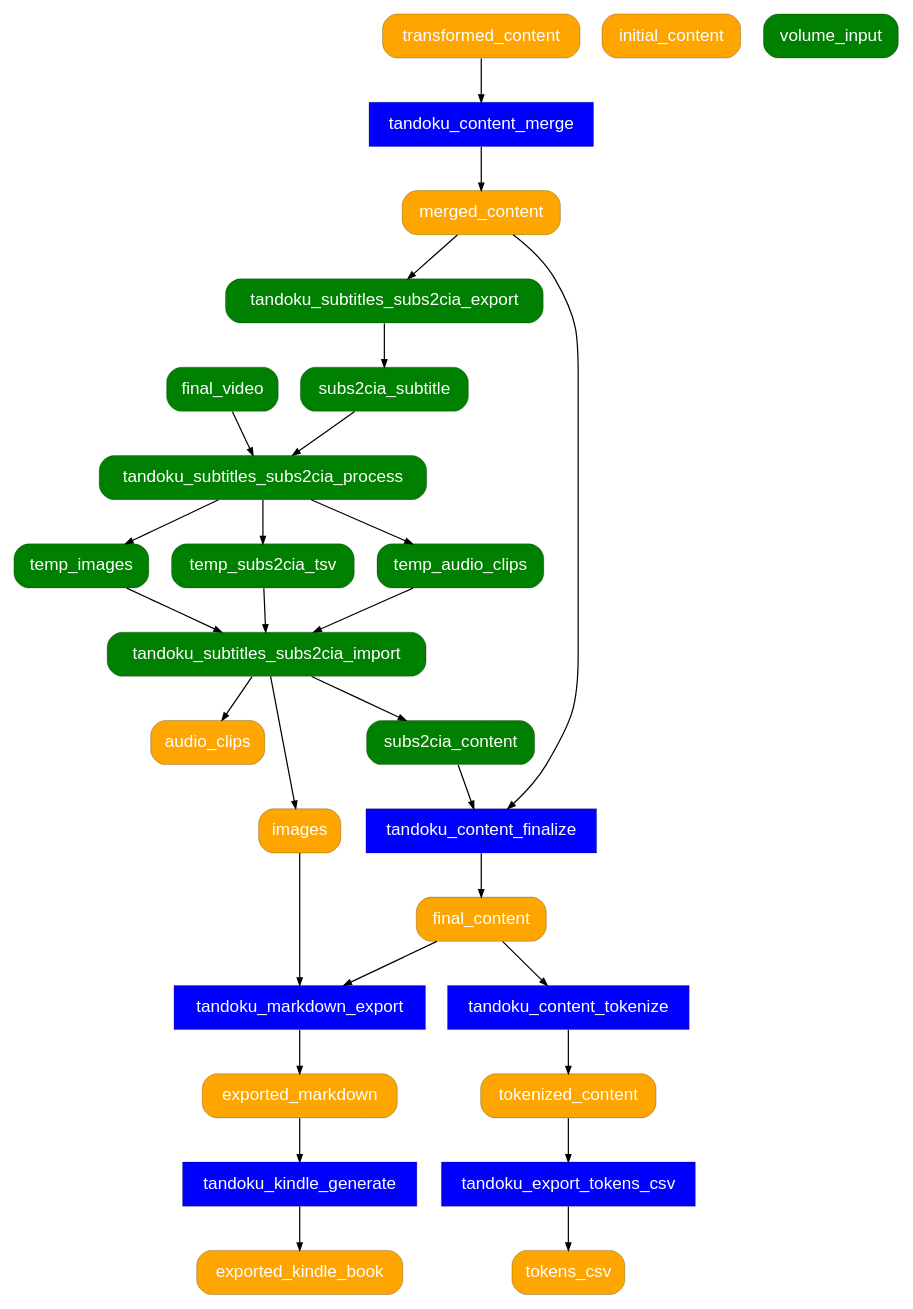
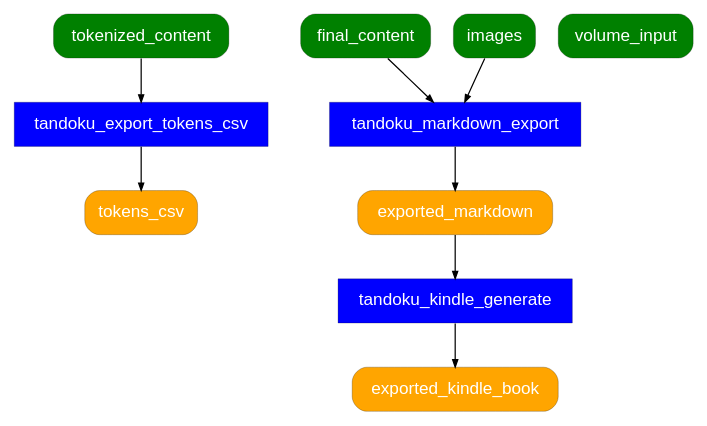
Before and after one commit to tandoku/tandoku: the diagram in docs/tandoku-workflow.dot, drawn with Graphviz. The commit also changed 3 other files, not shown here.

```diff
--- a/docs/tandoku-workflow.dot
+++ b/docs/tandoku-workflow.dot
@@ -1,178 +1,178 @@
 # TODO: consider generating this from spreadsheet data using PSGraph
 # (or create workflow definition in YAML, import to spreadsheet and generate graph from YAML)
 digraph {
     graph [fontname="Helvetica"];
     node [fontname="Helvetica" penwidth=0.2];
     edge [fontname="Helvetica" arrowsize="0.6"];
 
     # processes
     node [shape=rect style="filled" fillcolor=blue fontcolor=white];
     # TODO: align to new module-based API structure
     #tandoku_new_volume
 
     tandoku_export_tokens_csv
 
     #tandoku_import
     
     ## source processes
     #tandoku_source_import
 
     ## film processes (subtitles, video)
     #tandoku_subtitles_init
     #tandoku_subtitles_clean
     #tandoku_subtitles_align
     #tandoku_subtitles_finalize
     #tandoku_subtitles_contentgen
 
     #tandoku_subtitles_subs2cia_export
     #tandoku_subtitles_subs2cia_process
     #tandoku_subtitles_subs2cia_import
 
     #tandoku_video_init
     #tandoku_video_clean
     #tandoku_video_finalize
     #tandoku_video_export
 
     #tandoku_content_transform_film
 
     ## content processes
-    tandoku_content_merge
-    tandoku_content_finalize
-    tandoku_content_tokenize
+    #tandoku_content_merge
+    #tandoku_content_finalize
+    #tandoku_content_tokenize
 
     ## markdown, kindle processses
     tandoku_markdown_export
     tandoku_kindle_generate
 
     # artifacts
     node [shape=rect style="filled,rounded" fillcolor=orange];
     #volume_tdkv
 
-    initial_content
-    transformed_content
-    merged_content
-    tokenized_content
-    final_content
+    #initial_content
+    #transformed_content
+    #merged_content
+    #tokenized_content
+    #final_content
 
-    images
+    #images
 
-    audio_clips
+    #audio_clips
 
     tokens_csv
 
     ## film artifacts
     #external_subtitle
     #src_subtitle
     #initial_subtitle
     #clean_subtitle
     #aligned_subtitle
     #final_subtitle
 
     #external_video
     #src_video
     #initial_video
     #clean_video
     #final_video
 
     #exported_video
     #exported_subtitles
 
     #subs2cia_subtitle
     #temp_subs2cia_tsv
     #temp_audio_clips
     #temp_images
     #subs2cia_content
 
     ## markdown, kindle
     exported_markdown
     exported_kindle_book
 
     # user input
     node [shape=rect style="filled,rounded" fillcolor=green];
     volume_input
 
     # edges
     #volume_input -> tandoku_new_volume
     #tandoku_new_volume -> volume_tdkv
 
     tokenized_content -> tandoku_export_tokens_csv
     tandoku_export_tokens_csv -> tokens_csv
 
     #external_subtitle -> tandoku_import
     #external_video -> tandoku_import
     #volume_tdkv -> tandoku_import
     #tandoku_import -> tandoku_source_import
     #tandoku_import -> tandoku_subtitles_init
     #tandoku_import -> tandoku_video_init
 
     #volume_tdkv -> tandoku_source_import
 
     ## film edges
     #external_subtitle -> tandoku_source_import
     #tandoku_source_import -> src_subtitle
     #src_subtitle -> tandoku_subtitles_init
     #volume_tdkv -> tandoku_subtitles_init
     #tandoku_subtitles_init -> initial_subtitle
     #initial_subtitle -> tandoku_subtitles_clean
     #tandoku_subtitles_clean -> clean_subtitle
 
     #external_video -> tandoku_source_import
     #tandoku_source_import -> src_video
     #src_video -> tandoku_video_init
     #volume_tdkv -> tandoku_video_init
     #tandoku_video_init -> initial_video
     #initial_video -> tandoku_video_clean
     #tandoku_video_clean -> clean_video
     #clean_video -> tandoku_video_finalize
     #tandoku_video_finalize -> final_video
 
     #clean_subtitle -> tandoku_subtitles_align
     #final_video -> tandoku_subtitles_align
     #tandoku_subtitles_align -> aligned_subtitle
     #aligned_subtitle -> tandoku_subtitles_finalize
     #tandoku_subtitles_finalize -> final_subtitle
 
     #final_subtitle -> tandoku_video_export
     #final_video -> tandoku_video_export
     #tandoku_video_export -> exported_video
     #tandoku_video_export -> exported_subtitles
 
     #final_subtitle -> tandoku_subtitles_contentgen
     #tandoku_subtitles_contentgen -> initial_content
 
     #initial_content -> tandoku_content_transform_film
     #tandoku_content_transform_film -> transformed_content
 
-    merged_content -> tandoku_subtitles_subs2cia_export
-    tandoku_subtitles_subs2cia_export -> subs2cia_subtitle
-    subs2cia_subtitle -> tandoku_subtitles_subs2cia_process
-    final_video -> tandoku_subtitles_subs2cia_process
-    tandoku_subtitles_subs2cia_process -> temp_subs2cia_tsv
-    tandoku_subtitles_subs2cia_process -> temp_audio_clips
-    tandoku_subtitles_subs2cia_process -> temp_images
-    temp_subs2cia_tsv -> tandoku_subtitles_subs2cia_import
-    temp_audio_clips -> tandoku_subtitles_subs2cia_import
-    temp_images -> tandoku_subtitles_subs2cia_import
-    tandoku_subtitles_subs2cia_import -> audio_clips
-    tandoku_subtitles_subs2cia_import -> images
-    tandoku_subtitles_subs2cia_import -> subs2cia_content
-    subs2cia_content -> tandoku_content_finalize
+    # merged_content -> tandoku_subtitles_subs2cia_export
+    # tandoku_subtitles_subs2cia_export -> subs2cia_subtitle
+    # subs2cia_subtitle -> tandoku_subtitles_subs2cia_process
+    # final_video -> tandoku_subtitles_subs2cia_process
+    # tandoku_subtitles_subs2cia_process -> temp_subs2cia_tsv
+    # tandoku_subtitles_subs2cia_process -> temp_audio_clips
+    # tandoku_subtitles_subs2cia_process -> temp_images
+    # temp_subs2cia_tsv -> tandoku_subtitles_subs2cia_import
+    # temp_audio_clips -> tandoku_subtitles_subs2cia_import
+    # temp_images -> tandoku_subtitles_subs2cia_import
+    # tandoku_subtitles_subs2cia_import -> audio_clips
+    # tandoku_subtitles_subs2cia_import -> images
+    # tandoku_subtitles_subs2cia_import -> subs2cia_content
+    # subs2cia_content -> tandoku_content_finalize
 
     ## general content edges
-    transformed_content -> tandoku_content_merge
-    tandoku_content_merge -> merged_content
-    merged_content -> tandoku_content_finalize
-    tandoku_content_finalize -> final_content
+    #transformed_content -> tandoku_content_merge
+    #tandoku_content_merge -> merged_content
+    #merged_content -> tandoku_content_finalize
+    #tandoku_content_finalize -> final_content
 
-    final_content -> tandoku_content_tokenize
-    tandoku_content_tokenize -> tokenized_content
+    #final_content -> tandoku_content_tokenize
+    #tandoku_content_tokenize -> tokenized_content
 
     ## markdown export
     final_content -> tandoku_markdown_export
     images -> tandoku_markdown_export
     tandoku_markdown_export -> exported_markdown
 
     ## kindle export
     exported_markdown -> tandoku_kindle_generate
     tandoku_kindle_generate -> exported_kindle_book
 }
```
